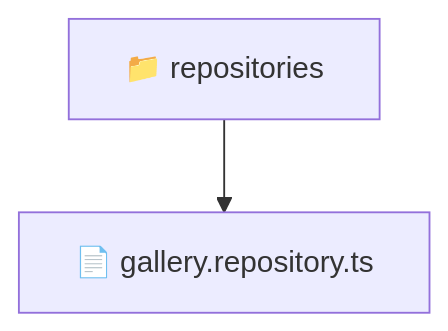
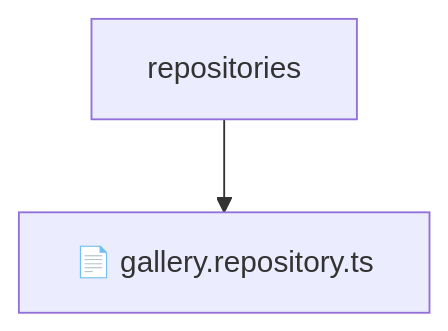
One commit to beginwebdev2002/fullstack-mavluda changed the diagram in backend/src/modules/gallery/infrastructure/repositories/README.md. Above: the diagram before and after it, drawn with Mermaid. The commit also changed other lines of this file and 155 other files, not shown here.

````diff
--- a/backend/src/modules/gallery/infrastructure/repositories/README.md
+++ b/backend/src/modules/gallery/infrastructure/repositories/README.md
@@ -10,5 +14,5 @@
 ```mermaid
 graph TD
-  Root["📁 repositories"]
-  Root --> galleryrepositoryts["📄 gallery.repository.ts"]
+    Root[repositories]
+    Root --> F0[📄 gallery.repository.ts]
 ```
````
